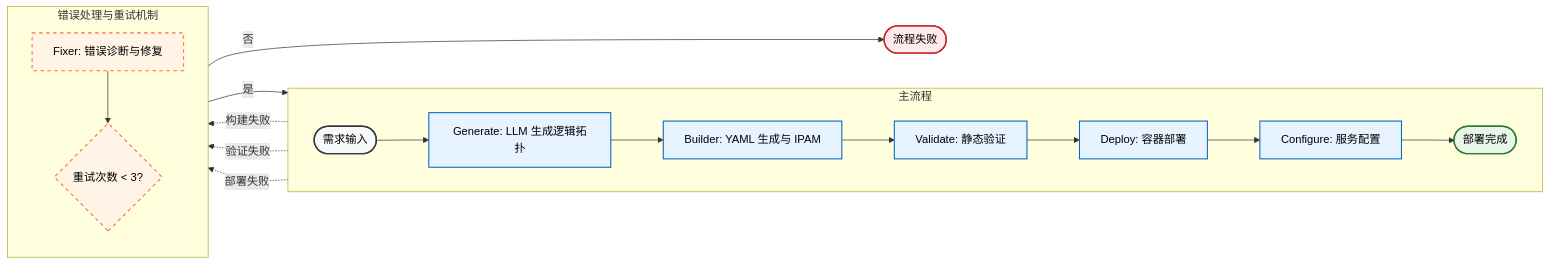
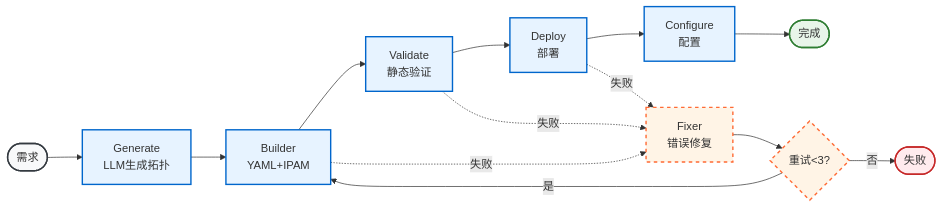
One commit to Yuchuwa/CVELab changed the diagram in README.md. Above: the diagram before and after it, drawn with Mermaid.

````diff
--- a/README.md
+++ b/README.md
@@ -46,38 +46,31 @@
 ```mermaid
 flowchart LR
-    subgraph Main["主流程"]
-        direction LR
-        Start([需求输入]) --> Generate["Generate: LLM 生成逻辑拓扑"]
-        Generate --> Builder["Builder: YAML 生成与 IPAM"]
-        Builder --> Validate["Validate: 静态验证"]
-        Validate --> Deploy["Deploy: 容器部署"]
-        Deploy --> Config["Configure: 服务配置"]
-        Config --> End([部署完成])
-    end
+    Start([需求]) --> Generate["Generate<br/>LLM生成拓扑"]
+    Generate --> Builder["Builder<br/>YAML+IPAM"]
+    Builder --> Validate["Validate<br/>静态验证"]
+    Validate --> Deploy["Deploy<br/>部署"]
+    Deploy --> Config["Configure<br/>配置"]
+    Config --> End([完成])
 
-    subgraph Error["错误处理与重试机制"]
-        direction TB
-        Fixer["Fixer: 错误诊断与修复"]
-        Retry{"重试次数 < 3?"}
-        Fixer --> Retry
-    end
+    Fixer["Fixer<br/>错误修复"]
+    Retry{"重试<3?"}
+    Fixer --> Retry
 
-    Builder -.->|构建失败| Fixer
-    Validate -.->|验证失败| Fixer
-    Deploy -.->|部署失败| Fixer
+    Builder -.->|失败| Fixer
+    Validate -.->|失败| Fixer
+    Deploy -.->|失败| Fixer
+    Retry -->|是| Builder
+    Retry -->|否| Failed([失败])
 
-    Retry -->|是| Builder
-    Retry -->|否| Failed([流程失败])
+    classDef main fill:#e7f3ff,stroke:#0066cc,stroke-width:2px
+    classDef err fill:#fff4e6,stroke:#ff6b35,stroke-width:2px,stroke-dasharray:5 5
+    classDef term fill:#f8f9fa,stroke:#343a40,stroke-width:2px
+    classDef ok fill:#e8f5e9,stroke:#2e7d32,stroke-width:2px
+    classDef bad fill:#ffebee,stroke:#c62828,stroke-width:2px
 
-    classDef terminal fill:#f8f9fa,stroke:#343a40,stroke-width:2px,color:#000
-    classDef process fill:#e7f3ff,stroke:#0066cc,stroke-width:1.5px,color:#000
-    classDef error fill:#fff4e6,stroke:#ff6b35,stroke-width:1.5px,stroke-dasharray: 5 5,color:#000
-    classDef success fill:#e8f5e9,stroke:#2e7d32,stroke-width:2px,color:#000
-    classDef failed fill:#ffebee,stroke:#c62828,stroke-width:2px,color:#000
-
-    class Start,End terminal
-    class Generate,Builder,Validate,Deploy,Config process
-    class Fixer,Retry error
-    class End success
-    class Failed failed
+    class Generate,Builder,Validate,Deploy,Config main
+    class Fixer,Retry err
+    class Start,End term
+    class End ok
+    class Failed bad
 ```
````
